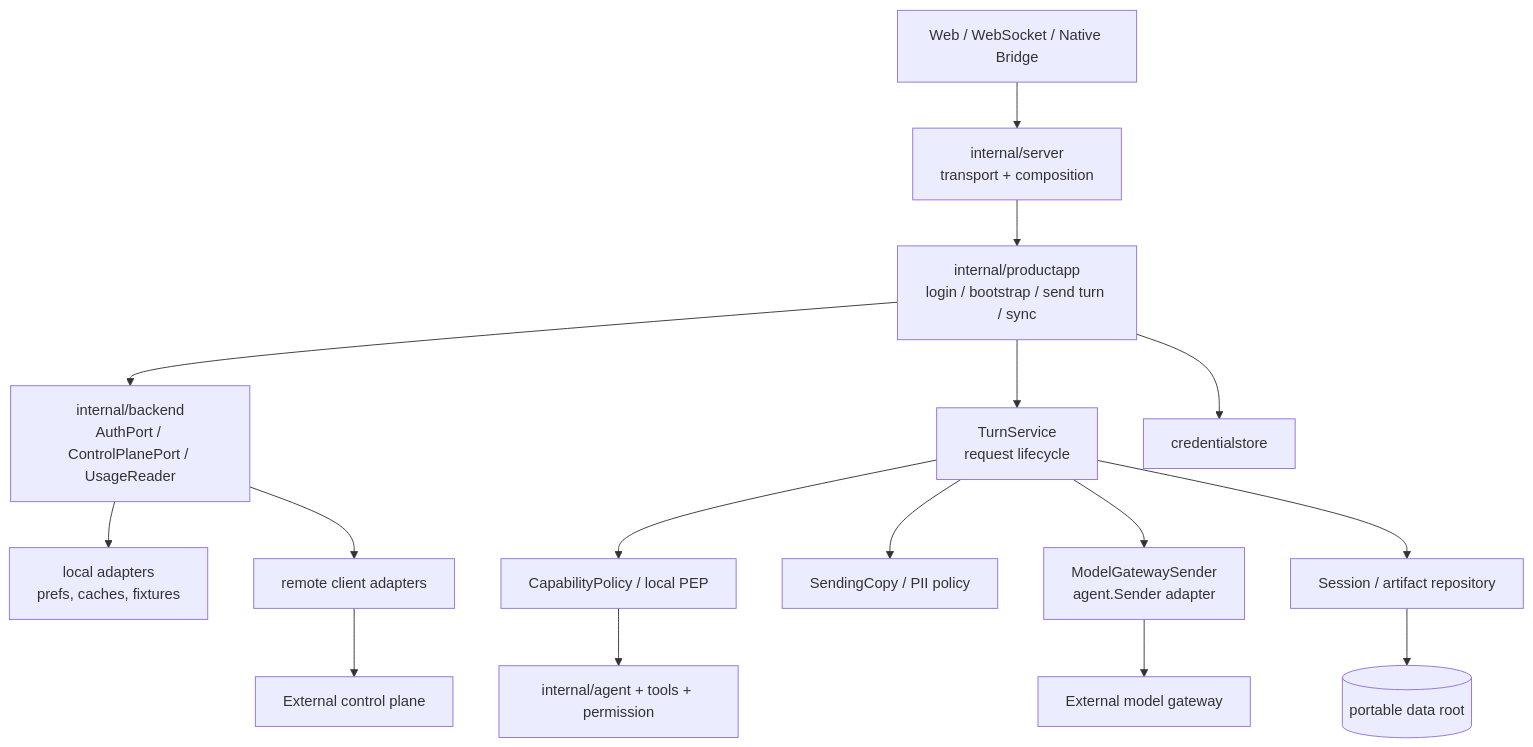
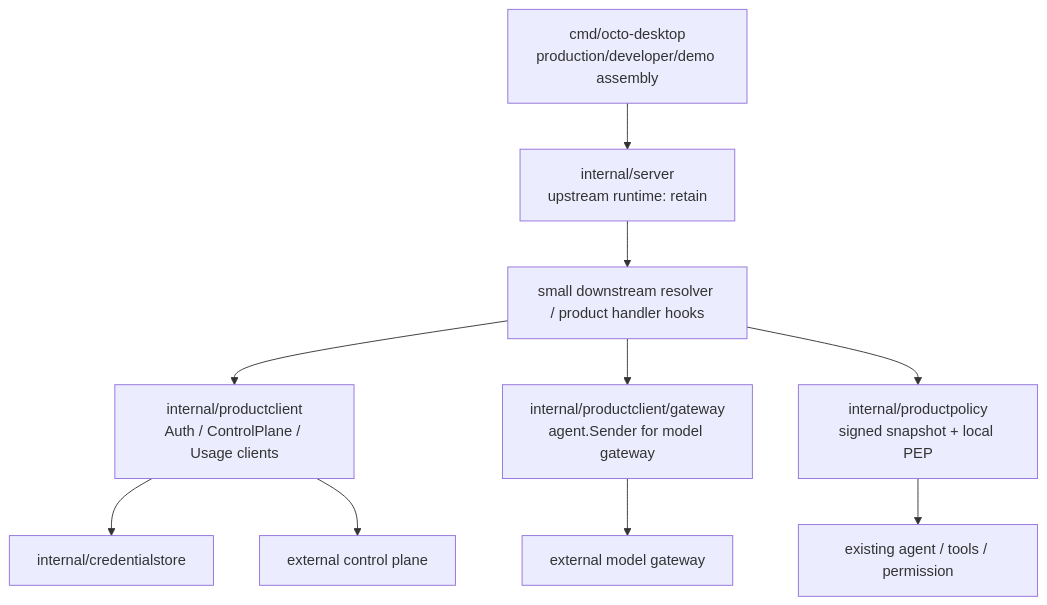
One commit to USDAble/buding-box-client changed the diagram in dev-docs-usdable/需求/20260909/P0-正式服务与Agent演进/客户端架构演进评审.md. Above: the diagram before and after it, drawn with Mermaid. The commit also changed other lines of this file and 16 other files, not shown here.

````diff
--- a/dev-docs-usdable/需求/20260909/P0-正式服务与Agent演进/客户端架构演进评审.md
+++ b/dev-docs-usdable/需求/20260909/P0-正式服务与Agent演进/客户端架构演进评审.md
@@ -9,21 +9,12 @@
 ```mermaid
 flowchart TB
-    WEB[Web / WebSocket / Native Bridge] --> SERVER[internal/server<br/>transport + composition]
-    SERVER --> APP[internal/productapp<br/>login / bootstrap / send turn / sync]
-
-    APP --> PORTS[internal/backend<br/>AuthPort / ControlPlanePort / UsageReader]
-    APP --> TURN[TurnService<br/>request lifecycle]
-    TURN --> PEP[CapabilityPolicy / local PEP]
-    TURN --> COPY[SendingCopy / PII policy]
-    TURN --> SENDER[ModelGatewaySender<br/>agent.Sender adapter]
-    TURN --> SESSION[Session / artifact repository]
-
-    PORTS --> LOCAL[local adapters<br/>prefs, caches, fixtures]
-    PORTS --> REMOTE[remote client adapters]
-    SENDER --> GATEWAY[External model gateway]
-    REMOTE --> CONTROL[External control plane]
-
-    PEP --> RUNTIME[internal/agent + tools + permission]
-    SESSION --> DATA[(portable data root)]
-    APP --> CREDS[credentialstore]
+    DESKTOP[cmd/octo-desktop<br/>production/developer/demo assembly] --> SERVER[internal/server<br/>upstream runtime: retain]
+    SERVER --> HOOK[small downstream resolver / product handler hooks]
+    HOOK --> PC[internal/productclient<br/>Auth / ControlPlane / Usage clients]
+    HOOK --> PG[internal/productclient/gateway<br/>agent.Sender for model gateway]
+    HOOK --> PP[internal/productpolicy<br/>signed snapshot + local PEP]
+    PC --> CREDS[internal/credentialstore]
+    PC --> CP[external control plane]
+    PG --> GW[external model gateway]
+    PP --> TOOLS[existing agent / tools / permission]
 ```
````
